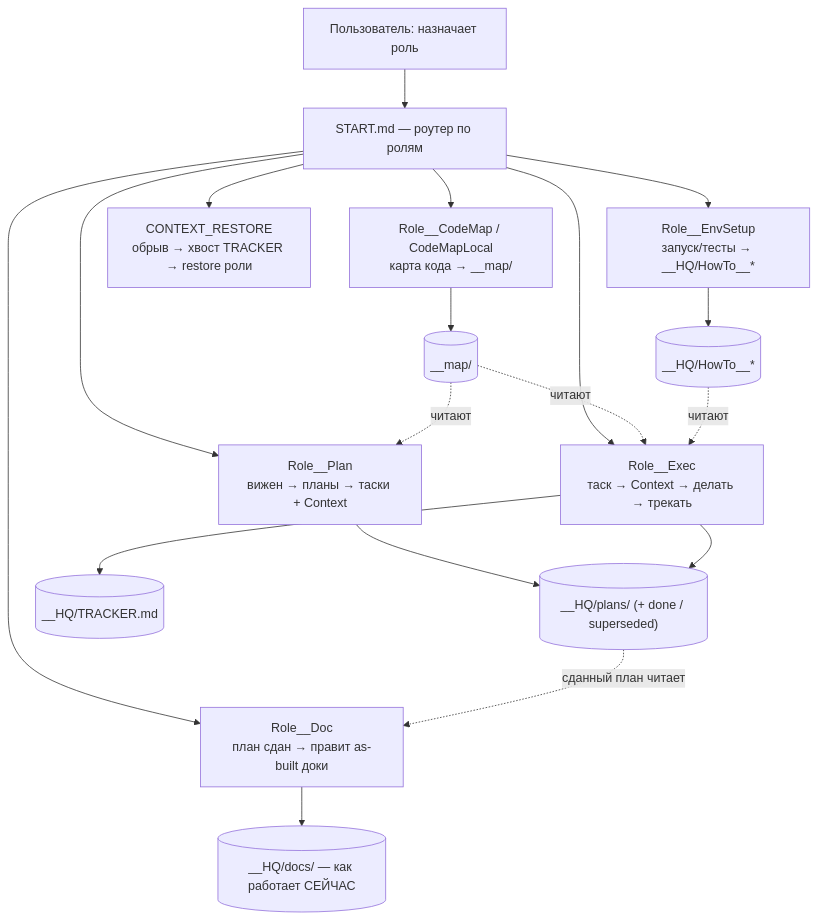
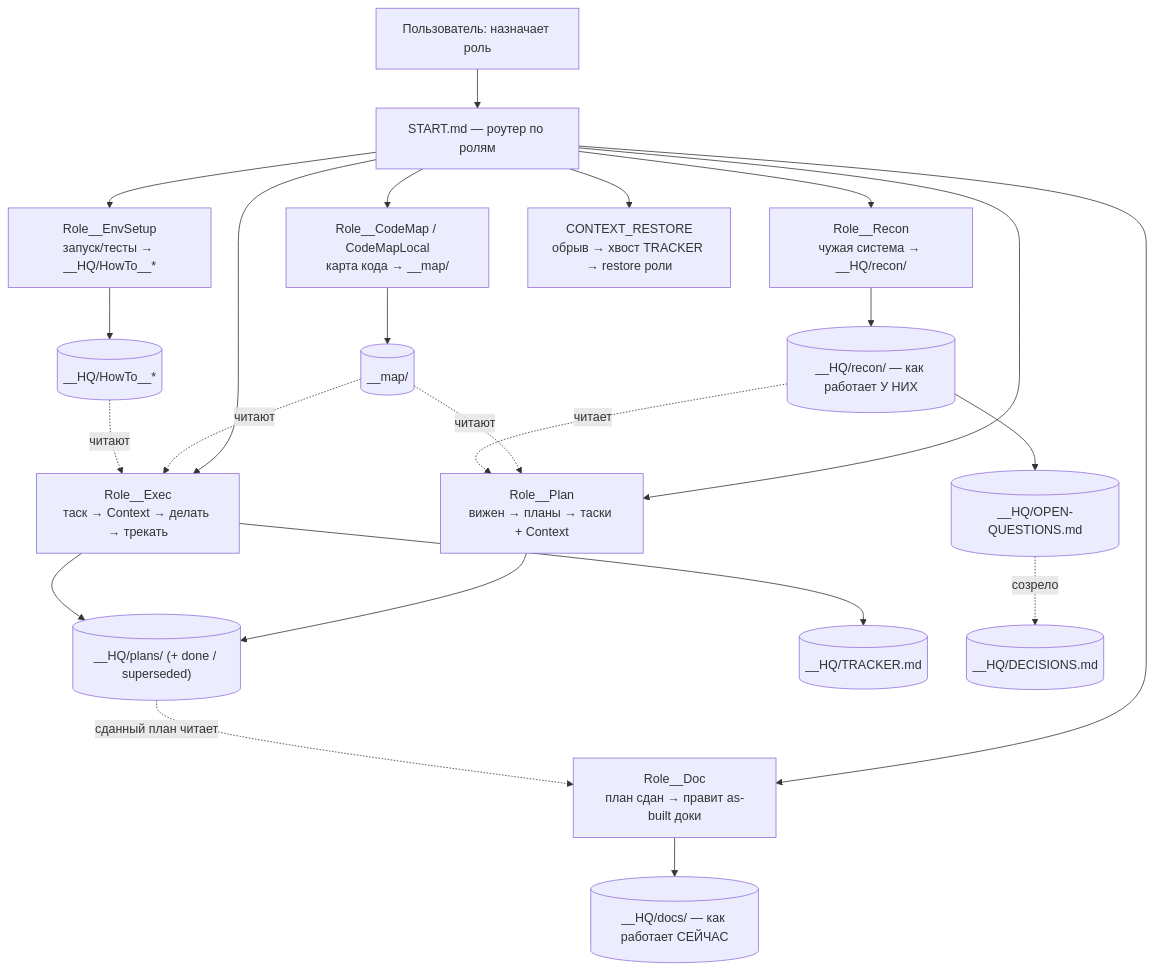
Before and after one commit to seneelya/Project-Context-Box: the diagram in __HQ/WORKFLOW.md, drawn with Mermaid. The commit also changed other lines of this file and 7 other files, not shown here.

````diff
--- a/__HQ/WORKFLOW.md
+++ b/__HQ/WORKFLOW.md
@@ -23,21 +23,26 @@
 ```mermaid
 flowchart TD
   U["Пользователь: назначает роль"] --> S["START.md — роутер по ролям"]
   S --> RMAP["Role__CodeMap / CodeMapLocal<br/>карта кода → __map/"]
   S --> RENV["Role__EnvSetup<br/>запуск/тесты → __HQ/HowTo__*"]
   S --> RPLAN["Role__Plan<br/>вижен → планы → таски + Context"]
   S --> REXEC["Role__Exec<br/>таск → Context → делать → трекать"]
   S --> RDOC["Role__Doc<br/>план сдан → правит as-built доки"]
+  S --> RRECON["Role__Recon<br/>чужая система → __HQ/recon/"]
   S --> RREST["CONTEXT_RESTORE<br/>обрыв → хвост TRACKER → restore роли"]
 
   RMAP --> CARDS[("__map/")]
   RENV --> HOWTO[("__HQ/HowTo__*")]
   RPLAN --> PLANS[("__HQ/plans/ (+ done / superseded)")]
   REXEC --> PLANS
   REXEC --> TR[("__HQ/TRACKER.md")]
   RDOC --> DOCS[("__HQ/docs/ — как работает СЕЙЧАС")]
+  RRECON --> RECON[("__HQ/recon/ — как работает У НИХ")]
+  RECON --> OQ[("__HQ/OPEN-QUESTIONS.md")]
+  OQ -.->|созрело| DEC[("__HQ/DECISIONS.md")]
   CARDS -.->|читают| RPLAN
   CARDS -.->|читают| REXEC
   PLANS -.->|сданный план читает| RDOC
   HOWTO -.->|читают| REXEC
+  RECON -.->|читает| RPLAN
 ```
````
